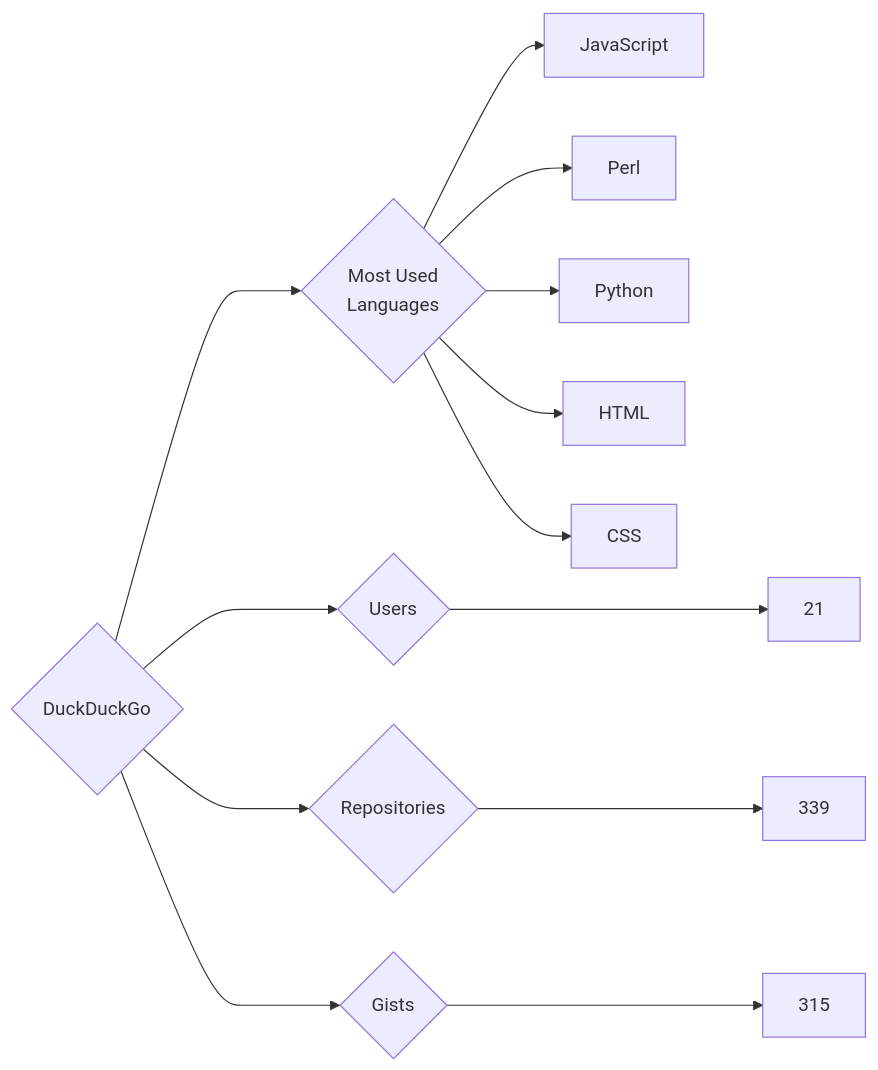
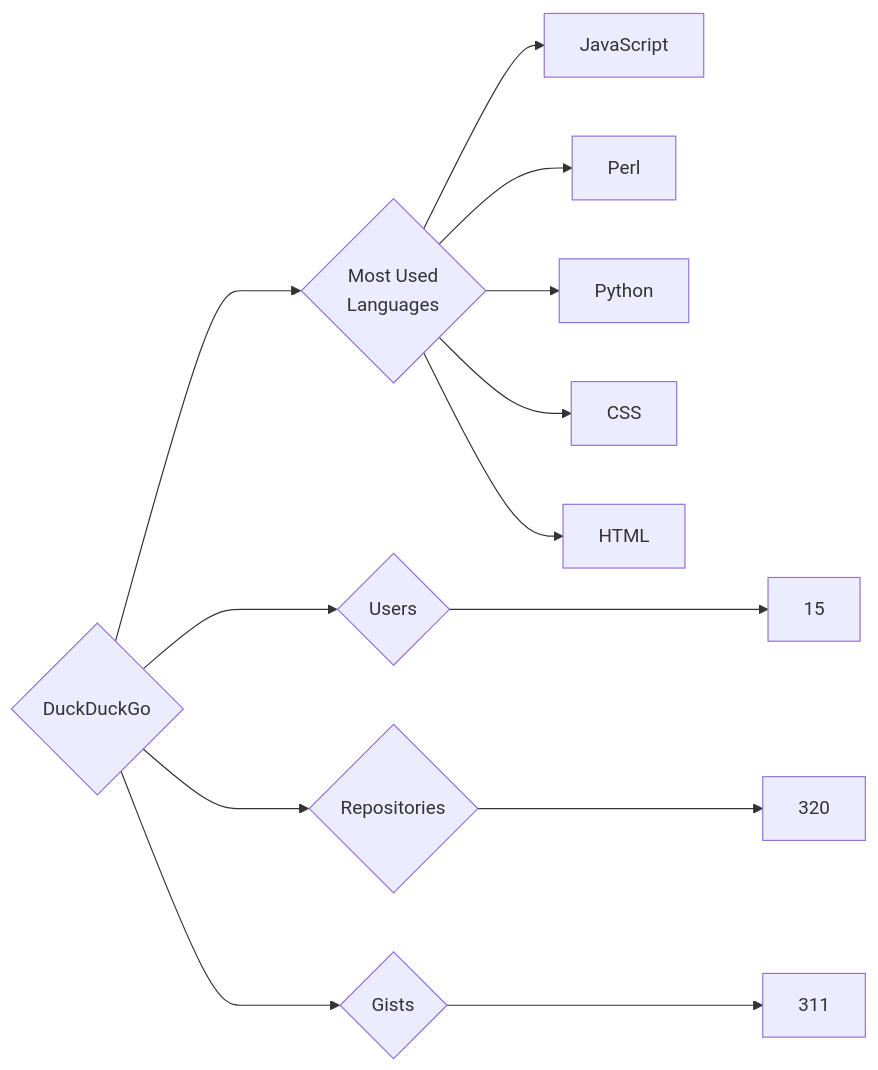
Before and after one commit to trickest/insiders: the diagram in targets/DuckDuckGo/README.md, drawn with Mermaid. The commit also changed 440 other files, not shown here.

````diff
--- a/targets/DuckDuckGo/README.md
+++ b/targets/DuckDuckGo/README.md
@@ -3,13 +3,13 @@
 ```mermaid
 graph LR
 COMPANY_NAME{DuckDuckGo}
-COMPANY_NAME ---> U{Users} ---> UN[21]
-COMPANY_NAME ---> R{Repositories} ---> RN[339]
-COMPANY_NAME ---> G{Gists} ---> GN[315]
+COMPANY_NAME ---> U{Users} ---> UN[15]
+COMPANY_NAME ---> R{Repositories} ---> RN[320]
+COMPANY_NAME ---> G{Gists} ---> GN[311]
 COMPANY_NAME ---> ML{Most Used<br>Languages}
 ML --> JavaScript[JavaScript]
 ML --> Perl[Perl]
 ML --> Python[Python]
+ML --> CSS[CSS]
 ML --> HTML[HTML]
-ML --> CSS[CSS]
 ```
````
